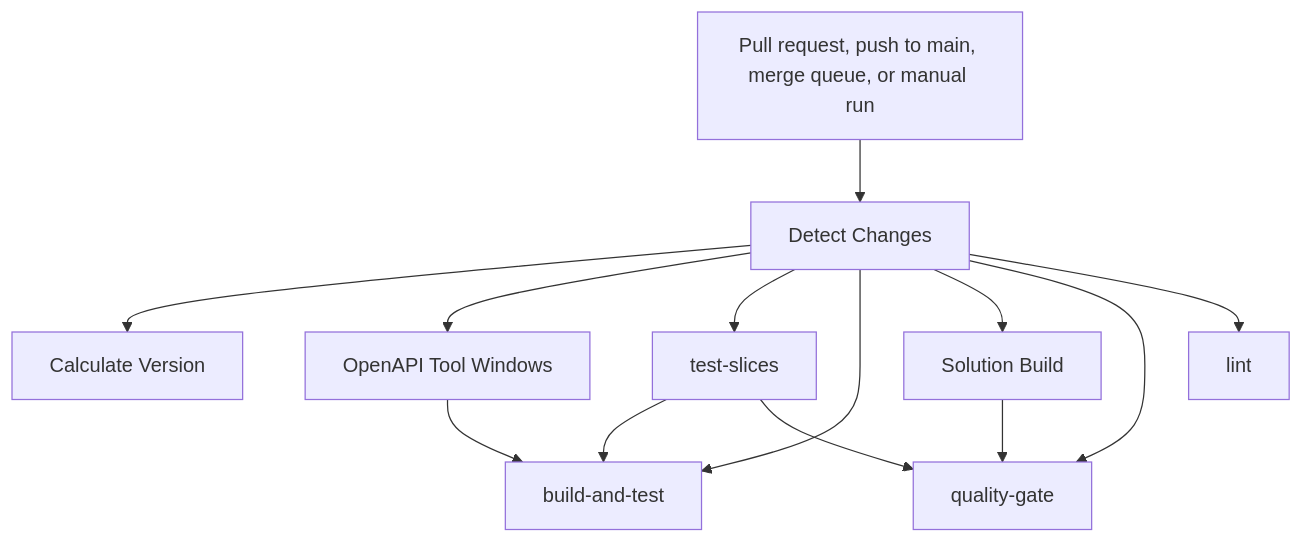
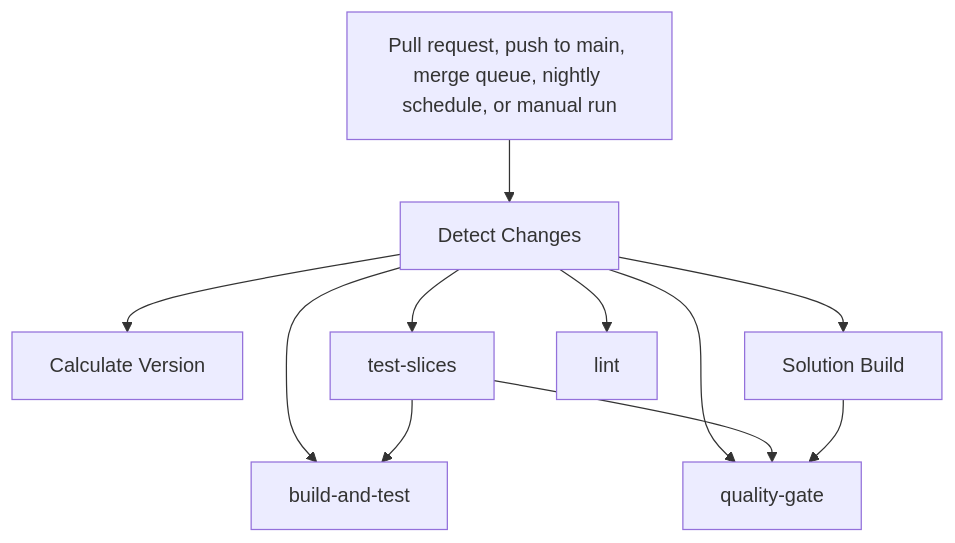
One commit to danigutsch/ViajantesTurismo changed the first of 3 diagrams in docs/architecture/ci-validation-flows.md. Above: the diagram before and after it, drawn with Mermaid. The commit also changed other lines of this file and 205 other files, not shown here.

First line of the commit message:
ci!: select, run, and gate test slices through sharedkernel-ci and adopt 0.1.0-alpha.161.1 (#1248)

````diff
--- a/docs/architecture/ci-validation-flows.md
+++ b/docs/architecture/ci-validation-flows.md
@@ -20,24 +20,21 @@
 ```mermaid
 flowchart TB
-    trigger[Pull request, push to main, merge queue, or manual run]
+    trigger[Pull request, push to main, merge queue, nightly schedule, or manual run]
     detect_changes[Detect Changes]
     calculate_version[Calculate Version]
-    openapi_tool_windows[OpenAPI Tool Windows]
     test_slices[test-slices]
     build_and_test[build-and-test]
     solution_build[Solution Build]
     quality_gate[quality-gate]
     lint[lint]
     trigger --> detect_changes
     detect_changes --> calculate_version
-    detect_changes --> openapi_tool_windows
     detect_changes --> test_slices
     detect_changes --> build_and_test
     test_slices --> build_and_test
-    openapi_tool_windows --> build_and_test
     detect_changes --> solution_build
     detect_changes --> quality_gate
     test_slices --> quality_gate
     solution_build --> quality_gate
     detect_changes --> lint
 ```
````
